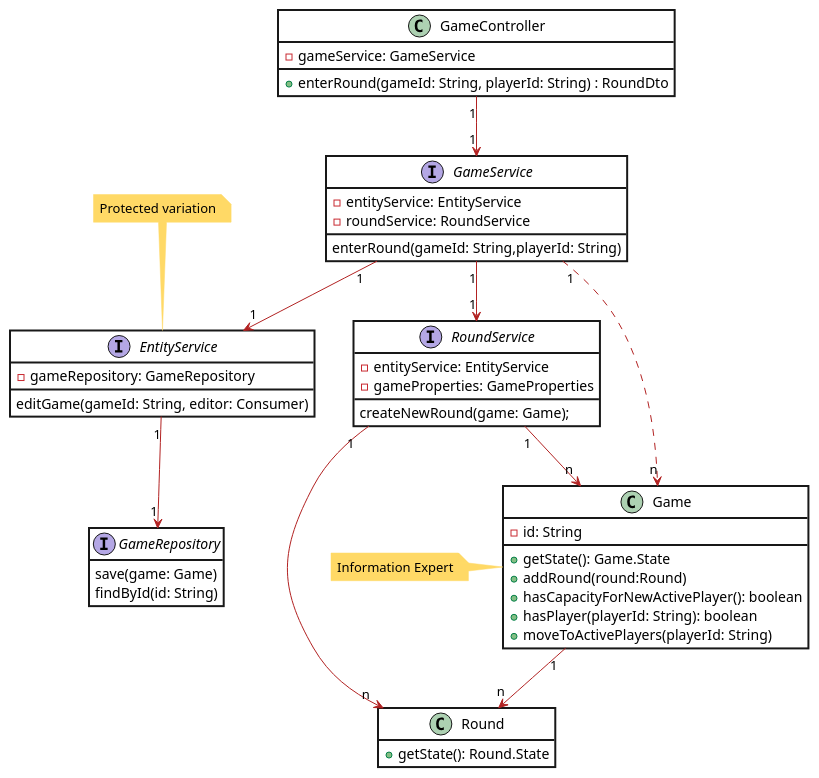
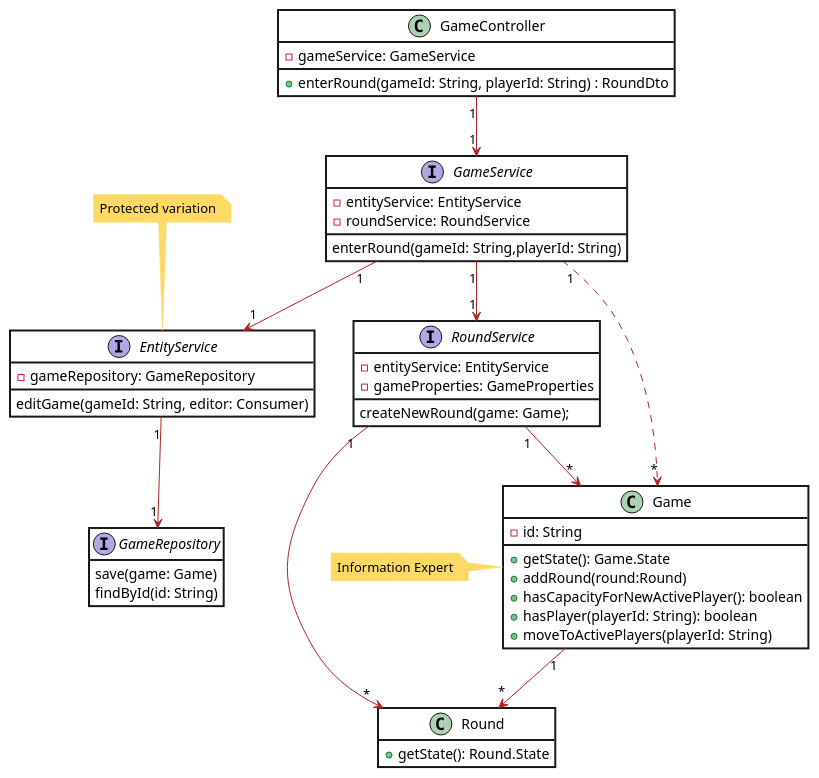
Before and after one commit to patrickwinti/worldwidewalter: the diagram in docs/diagrams/DCD_start_new_round.plantuml, drawn with PlantUML. The commit also changed 7 other files, not shown here.

Commit message:
[WWW-59] fixes diagrams

```diff
--- a/docs/diagrams/DCD_start_new_round.plantuml
+++ b/docs/diagrams/DCD_start_new_round.plantuml
@@ -1,58 +1,58 @@
 @startuml
 skinparam class {
     BackgroundColor white
     ArrowColor Firebrick
     BorderThickness 2
 }
 skinparam Note{
     BorderColor #FFD966
     BackgroundColor #FFD966
 }
 skinparam roundcorner 0
 skinparam packagestyle Frame
 hide empty members
 
 class GameController {
    -gameService: GameService
    +enterRound(gameId: String, playerId: String) : RoundDto
 }
 class Game {
    -id: String
    +getState(): Game.State
    +addRound(round:Round)
    +hasCapacityForNewActivePlayer(): boolean
    +hasPlayer(playerId: String): boolean
    +moveToActivePlayers(playerId: String)
 }
 class Round {
    +getState(): Round.State
 }
 interface EntityService {
    -gameRepository: GameRepository
    editGame(gameId: String, editor: Consumer)
 }
 interface RoundService{
    -entityService: EntityService
    -gameProperties: GameProperties
    createNewRound(game: Game);
 }
 interface GameService{
    -entityService: EntityService
    -roundService: RoundService
    enterRound(gameId: String,playerId: String)
 }
 interface GameRepository {
    save(game: Game)
    findById(id: String)
 }
 note left of Game: Information Expert
 note top of EntityService: Protected variation
 GameController "1"-->"1" GameService
-GameService "1"..>"n" Game
-Game "1"-->"n" Round
-RoundService "1"-->"n"  Round
-RoundService "1"-->"n"  Game
+GameService "1"..>"*" Game
+Game "1"-->"*" Round
+RoundService "1"-->"*"  Round
+RoundService "1"-->"*"  Game
 GameService "1"-->"1" EntityService
 GameService "1"-->"1" RoundService
 EntityService "1"-->"1" GameRepository
 @enduml
```
